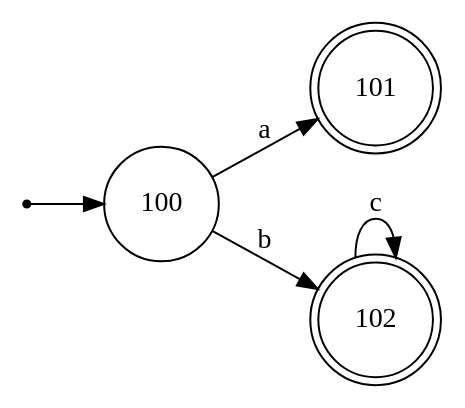
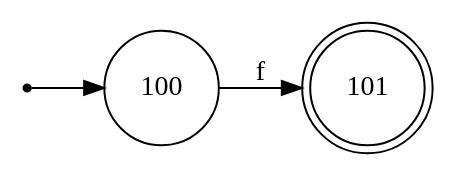
Before and after one commit to zyucccc/DAAR_Petit_Projet: the diagram in automate_out/automateDFA_MINI.dot, drawn with Graphviz. The commit also changed 13 other files, not shown here.

Commit message:
final avec graphes version1

```diff
--- a/automate_out/automateDFA_MINI.dot
+++ b/automate_out/automateDFA_MINI.dot
@@ -1,11 +1,8 @@
 digraph Automate {
   rankdir=LR;
   node [shape=circle];
   start [shape=point];
   start -> 100;
   101 [shape=doublecircle];
-  102 [shape=doublecircle];
-  100 -> 101 [label="a"];
-  100 -> 102 [label="b"];
-  102 -> 102 [label="c"];
+  100 -> 101 [label="f"];
 }
```
